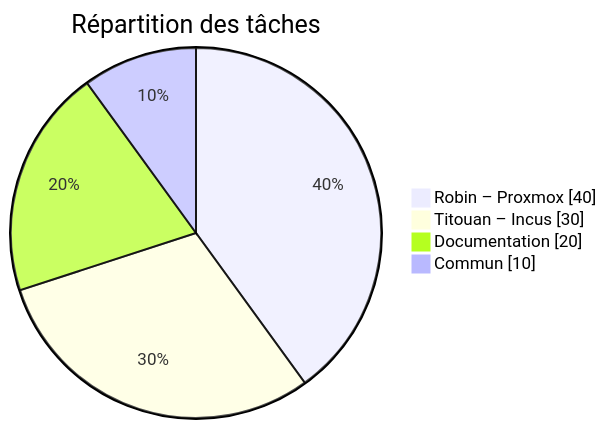
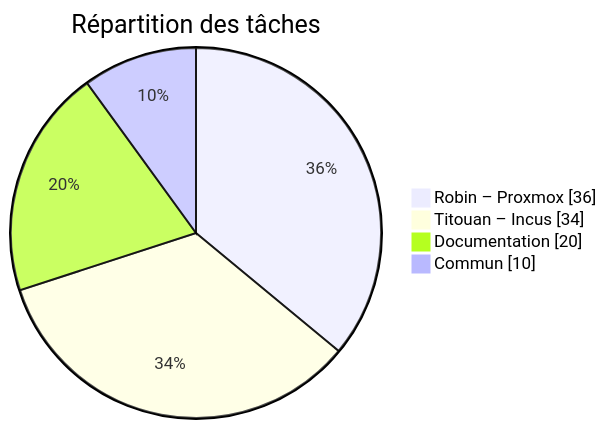
The diagram in README.md (DroGone0/SAE3D04---DEVCLOUD---Infra.-Virtu.), drawn with Mermaid before and after one commit. The commit also changed other lines of this file, not shown here.

````diff
--- a/README.md
+++ b/README.md
@@ -82,8 +84,8 @@
 ```mermaid
 pie showData
     title Répartition des tâches
-    "Robin – Proxmox" : 40
-    "Titouan – Incus" : 30
+    "Robin – Proxmox" : 36
+    "Titouan – Incus" : 34
     "Documentation" : 20
     "Commun" : 10
 ```
````
